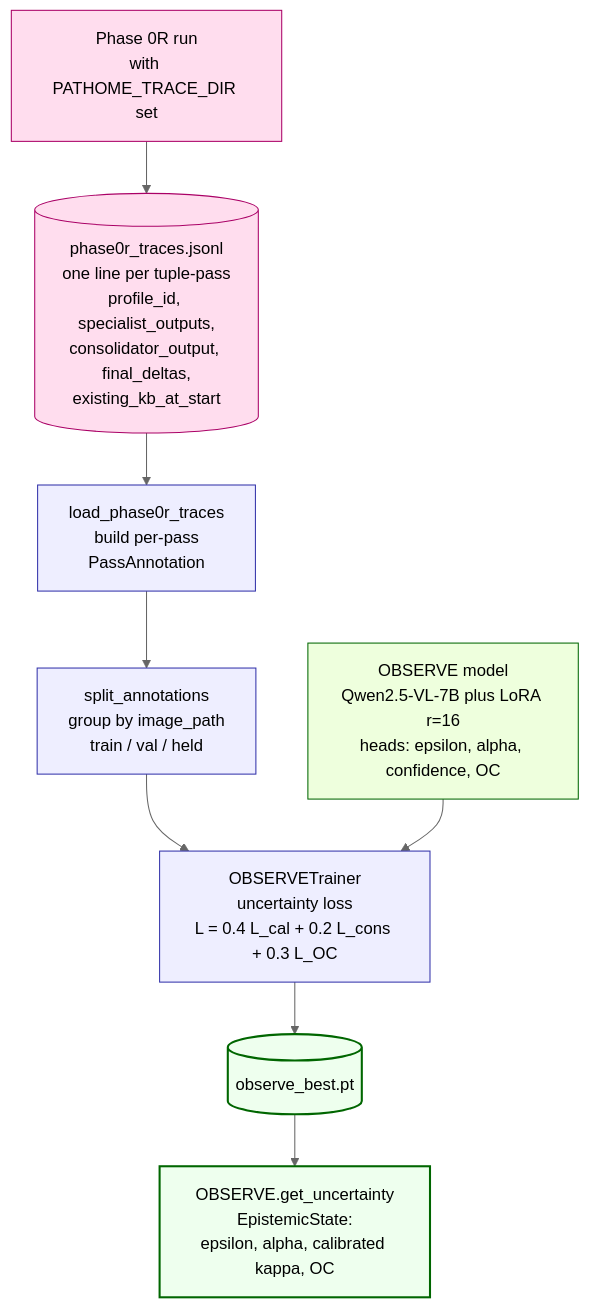
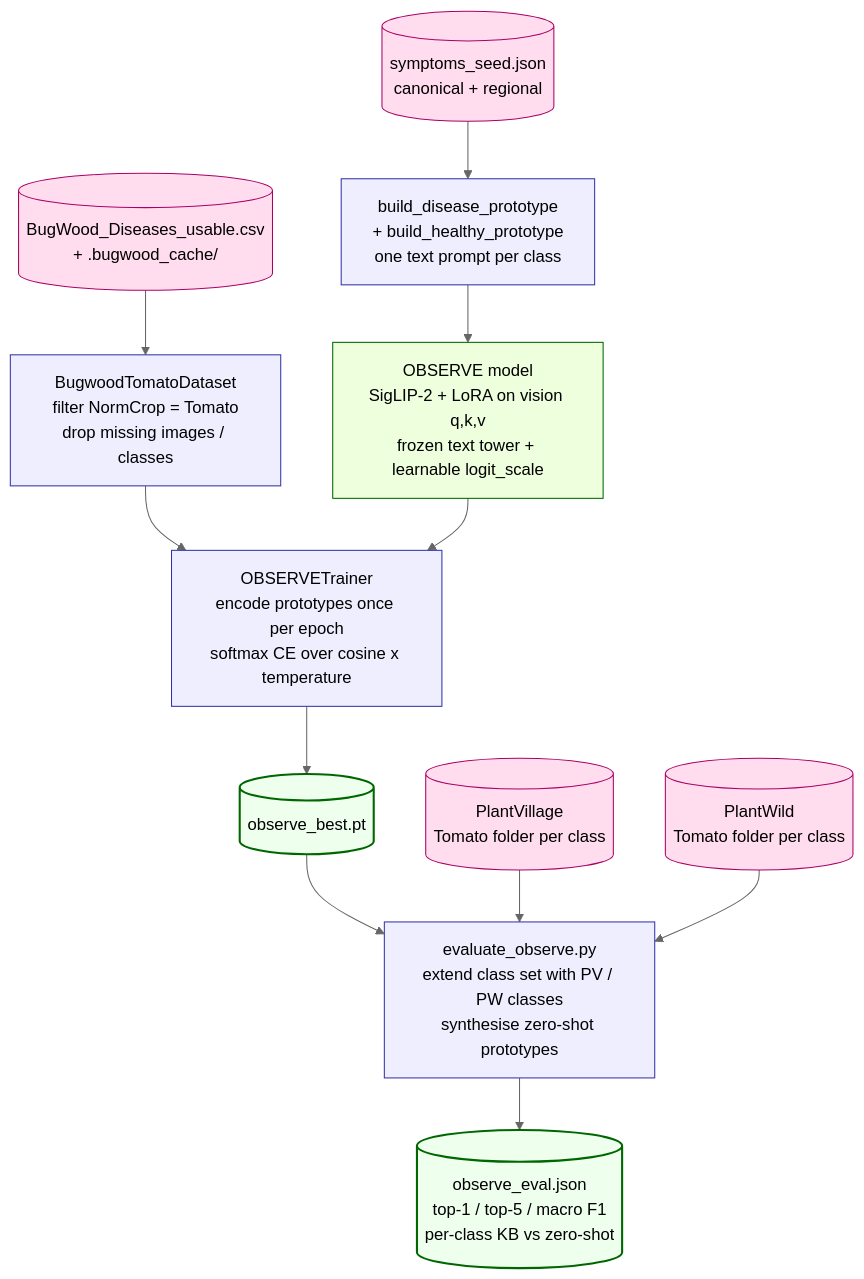
One commit to tirtho149/PlantSwarm changed the fifth of 5 diagrams in FLOW.md. Above: the diagram before and after it, drawn with Mermaid (neutral theme). The commit also changed other lines of this file and 21 other files, not shown here.

````diff
--- a/FLOW.md
+++ b/FLOW.md
@@ -338,24 +340,31 @@
 ```mermaid
 flowchart TD
-    P0R[Phase 0R run<br/>with PATHOME_TRACE_DIR set]
-    JSONL[(phase0r_traces.jsonl<br/>one line per tuple-pass<br/>profile_id, specialist_outputs,<br/>consolidator_output, final_deltas,<br/>existing_kb_at_start)]
-    EXPAND[load_phase0r_traces<br/>build per-pass<br/>PassAnnotation]
-    SPLIT[split_annotations<br/>group by image_path<br/>train / val / held]
-    MODEL[OBSERVE model<br/>Qwen2.5-VL-7B plus LoRA r=16<br/>heads: epsilon, alpha, confidence, OC]
-    TRAIN[OBSERVETrainer<br/>uncertainty loss<br/>L = 0.4 L_cal + 0.2 L_cons + 0.3 L_OC]
+    SEED[(symptoms_seed.json<br/>canonical + regional)]
+    PROTO[build_disease_prototype<br/>+ build_healthy_prototype<br/>one text prompt per class]
+    CSV[(BugWood_Diseases_usable.csv<br/>+ .bugwood_cache/)]
+    DS[BugwoodTomatoDataset<br/>filter NormCrop = Tomato<br/>drop missing images / classes]
+    MODEL[OBSERVE model<br/>SigLIP-2 + LoRA on vision q,k,v<br/>frozen text tower + learnable logit_scale]
+    TRAIN[OBSERVETrainer<br/>encode prototypes once per epoch<br/>softmax CE over cosine x temperature]
     CKPT[(observe_best.pt)]
-    INFER[OBSERVE.get_uncertainty<br/>EpistemicState:<br/>epsilon, alpha, calibrated kappa, OC]
+    PV[(PlantVillage<br/>Tomato folder per class)]
+    PW[(PlantWild<br/>Tomato folder per class)]
+    EVAL[evaluate_observe.py<br/>extend class set with PV / PW classes<br/>synthesise zero-shot prototypes]
+    METRICS[(observe_eval.json<br/>top-1 / top-5 / macro F1<br/>per-class KB vs zero-shot)]
 
-    P0R --> JSONL --> EXPAND --> SPLIT --> TRAIN
+    SEED --> PROTO --> MODEL
+    CSV --> DS --> TRAIN
     MODEL --> TRAIN --> CKPT
-    CKPT --> INFER
+    CKPT --> EVAL
+    PV --> EVAL
+    PW --> EVAL
+    EVAL --> METRICS
 
     classDef src fill:#fde,stroke:#a06
     classDef stage fill:#eef,stroke:#33a
     classDef model fill:#efd,stroke:#060
     classDef deliv fill:#efe,stroke:#060,stroke-width:2px
-    class P0R,JSONL src
-    class EXPAND,SPLIT,TRAIN stage
+    class SEED,CSV,PV,PW src
+    class PROTO,DS,TRAIN,EVAL stage
     class MODEL model
-    class CKPT,INFER deliv
+    class CKPT,METRICS deliv
 ```
````
